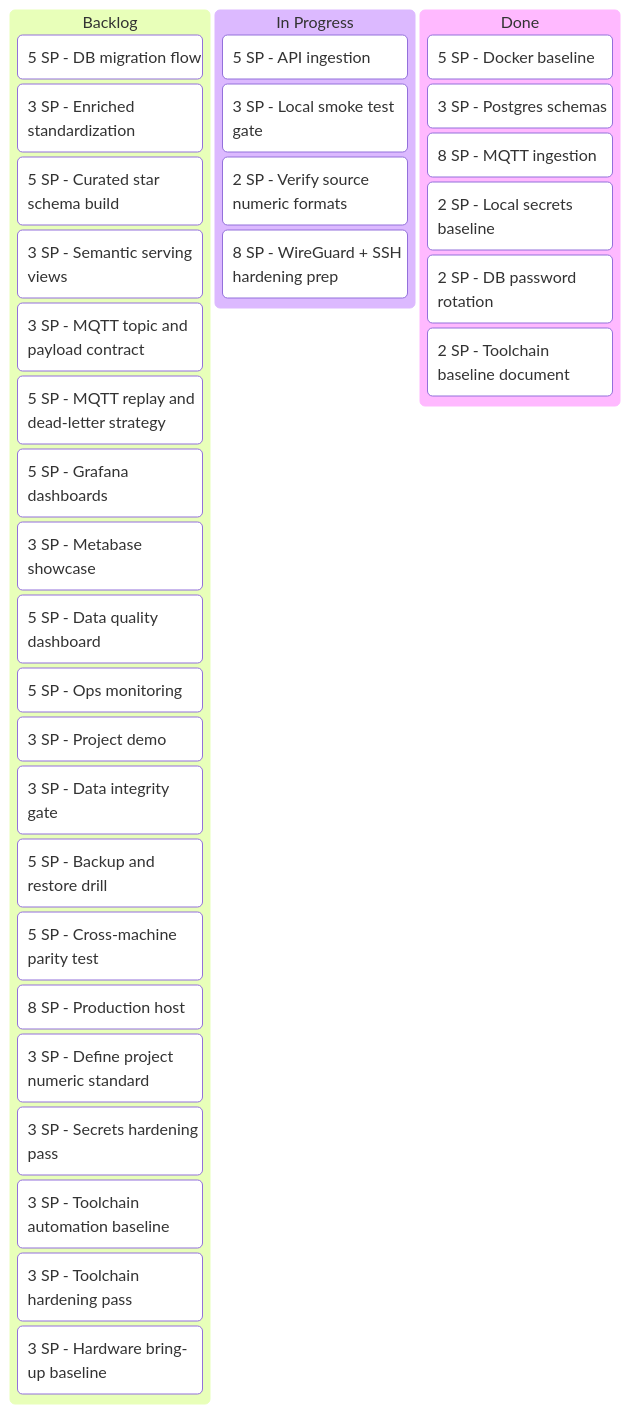
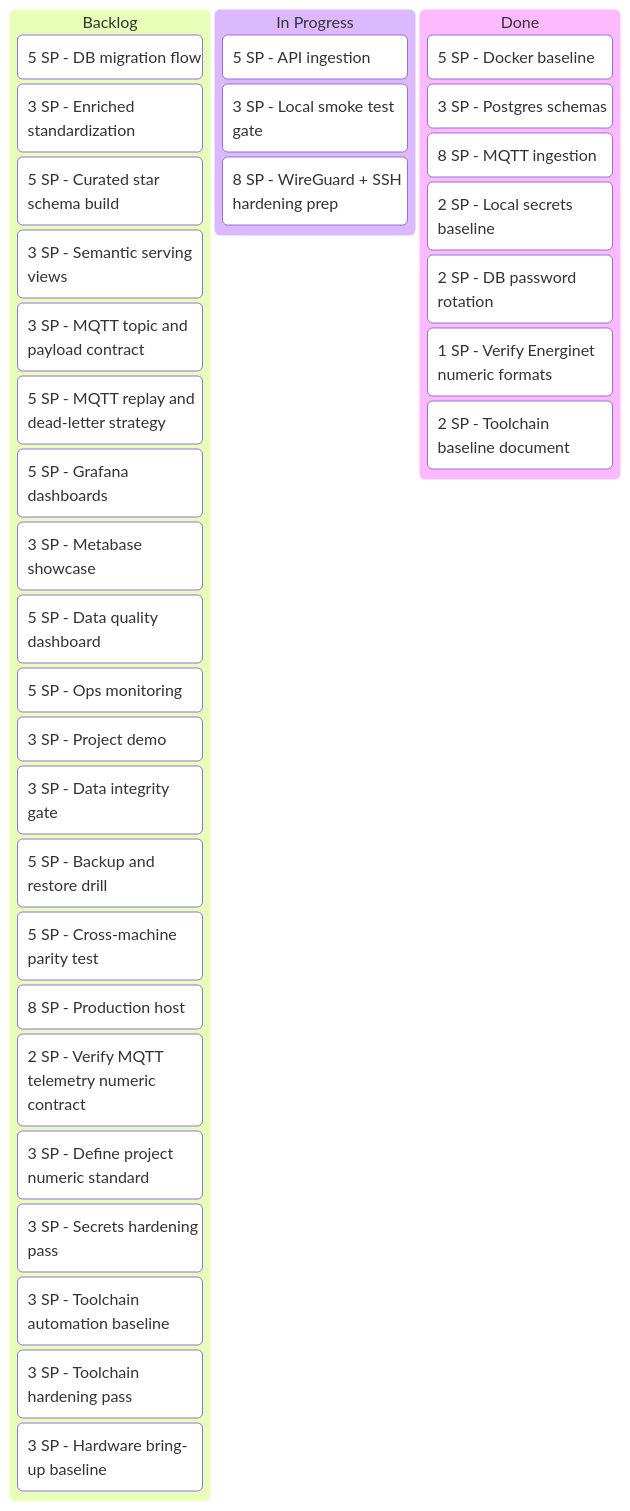
One commit to EnTekLasse/commons-anchor changed the diagram in docs/architecture/diagrams/project-kanban.mmd. Above: the diagram before and after it, drawn with Mermaid. The commit also changed 3 other files, not shown here.

```diff
--- a/docs/architecture/diagrams/project-kanban.mmd
+++ b/docs/architecture/diagrams/project-kanban.mmd
@@ -1,64 +1,66 @@
 %% AUTO-GENERATED FROM docs/architecture/diagram-model.json
 kanban
   Backlog
     [5 SP - DB migration flow]
 
     [3 SP - Enriched standardization]
 
     [5 SP - Curated star schema build]
 
     [3 SP - Semantic serving views]
 
     [3 SP - MQTT topic and payload contract]
 
     [5 SP - MQTT replay and dead-letter strategy]
 
     [5 SP - Grafana dashboards]
 
     [3 SP - Metabase showcase]
 
     [5 SP - Data quality dashboard]
 
     [5 SP - Ops monitoring]
 
     [3 SP - Project demo]
 
     [3 SP - Data integrity gate]
 
     [5 SP - Backup and restore drill]
 
     [5 SP - Cross-machine parity test]
 
     [8 SP - Production host]
 
+    [2 SP - Verify MQTT telemetry numeric contract]
+
     [3 SP - Define project numeric standard]
 
     [3 SP - Secrets hardening pass]
 
     [3 SP - Toolchain automation baseline]
 
     [3 SP - Toolchain hardening pass]
 
     [3 SP - Hardware bring-up baseline]
 
   [In Progress]
     [5 SP - API ingestion]
 
     [3 SP - Local smoke test gate]
 
-    [2 SP - Verify source numeric formats]
-
     [8 SP - WireGuard + SSH hardening prep]
 
   Done
     [5 SP - Docker baseline]
 
     [3 SP - Postgres schemas]
 
     [8 SP - MQTT ingestion]
 
     [2 SP - Local secrets baseline]
 
     [2 SP - DB password rotation]
 
+    [1 SP - Verify Energinet numeric formats]
+
     [2 SP - Toolchain baseline document]
```
